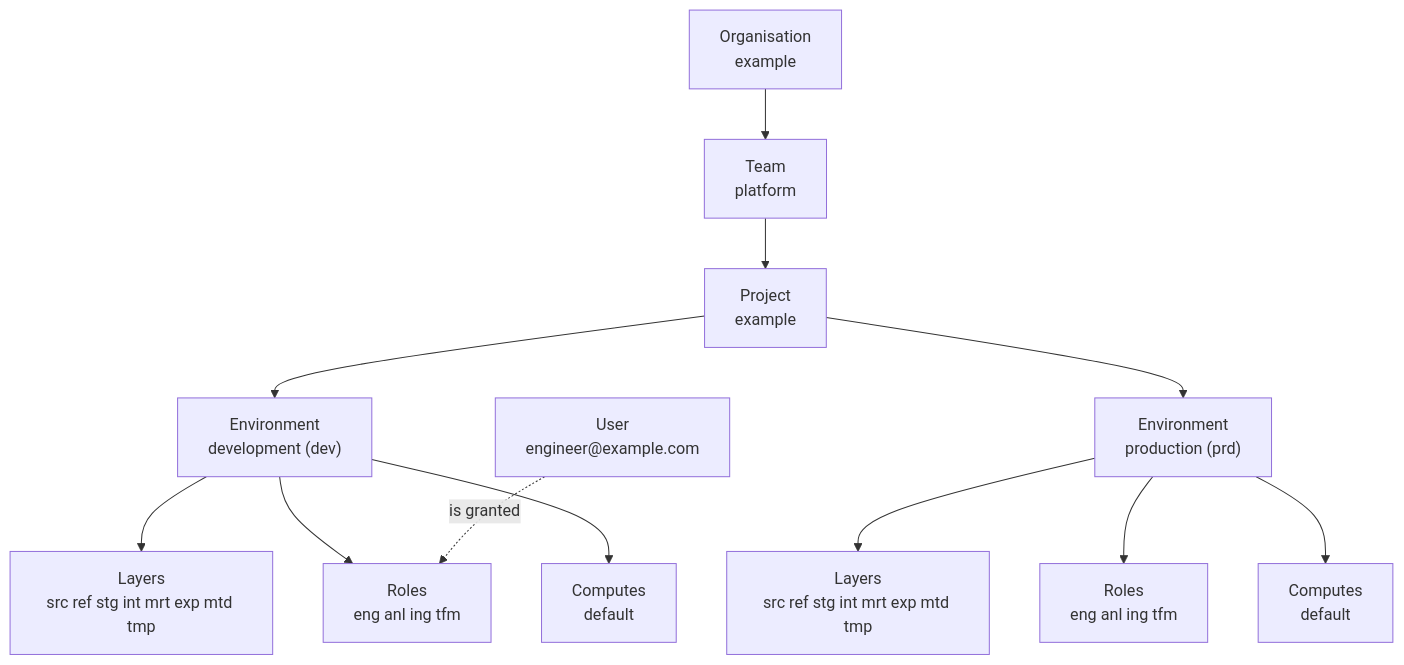
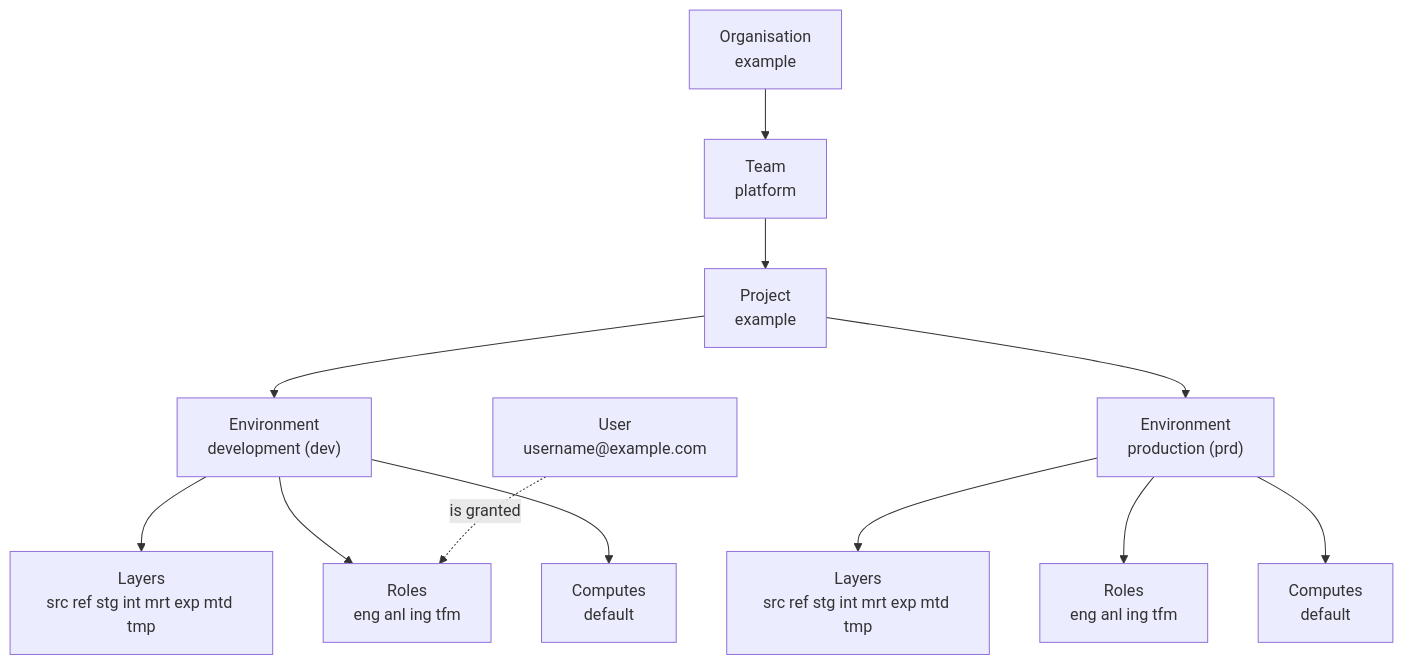
One commit to rootcube/data-mesh-template changed the diagram in docs/concepts/index.md. Above: the diagram before and after it, drawn with Mermaid. The commit also changed 47 other files, not shown here.

Commit message:
fix: update user references to use 'username@example.com' in documentation and configuration

````diff
--- a/docs/concepts/index.md
+++ b/docs/concepts/index.md
@@ -17,17 +17,17 @@
 ```mermaid
 graph TD
     ORG["Organisation<br/>example"] --> TEAM["Team<br/>platform"]
     TEAM --> PRJ["Project<br/>example"]
     PRJ --> DEV["Environment<br/>development (dev)"]
     PRJ --> PRD["Environment<br/>production (prd)"]
 
     DEV --> LDEV["Layers<br/>src ref stg int mrt exp mtd tmp"]
     DEV --> RDEV["Roles<br/>eng anl ing tfm"]
     DEV --> CDEV["Computes<br/>default"]
 
     PRD --> LPRD["Layers<br/>src ref stg int mrt exp mtd tmp"]
     PRD --> RPRD["Roles<br/>eng anl ing tfm"]
     PRD --> CPRD["Computes<br/>default"]
 
-    USR["User<br/>engineer@example.com"] -. is granted .-> RDEV
+    USR["User<br/>username@example.com"] -. is granted .-> RDEV
 ```
````
